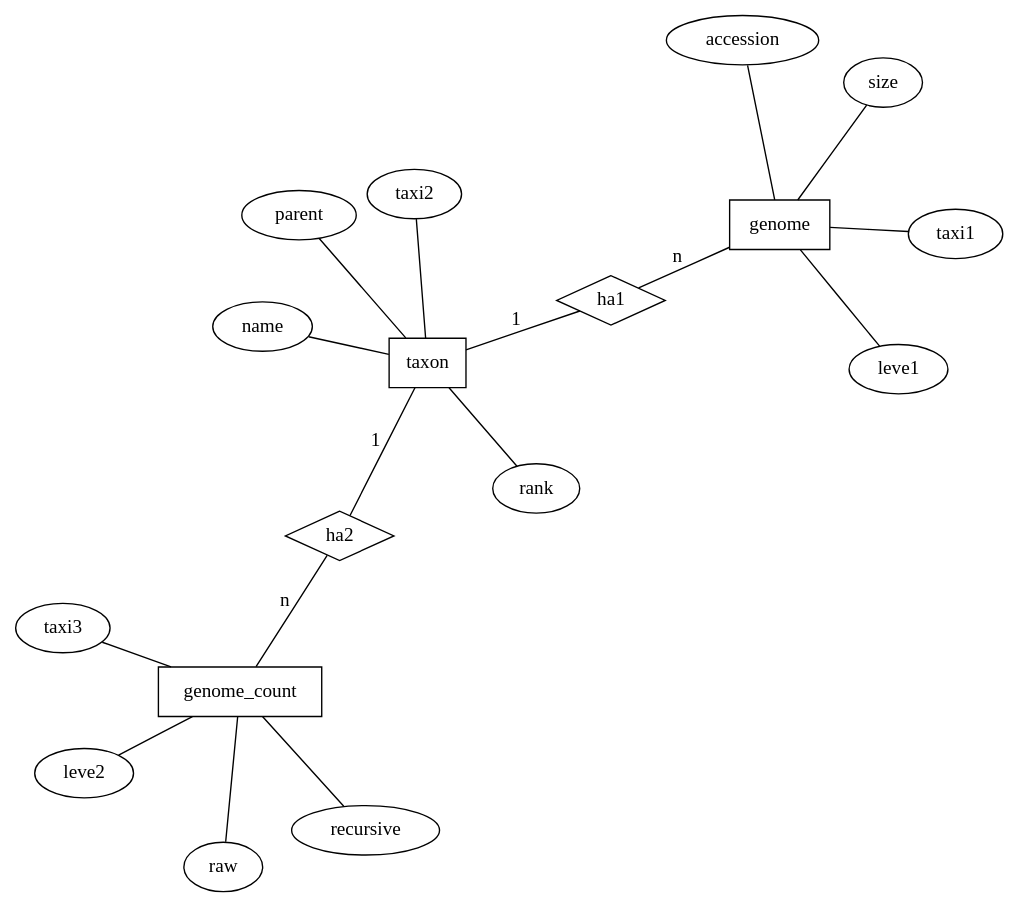
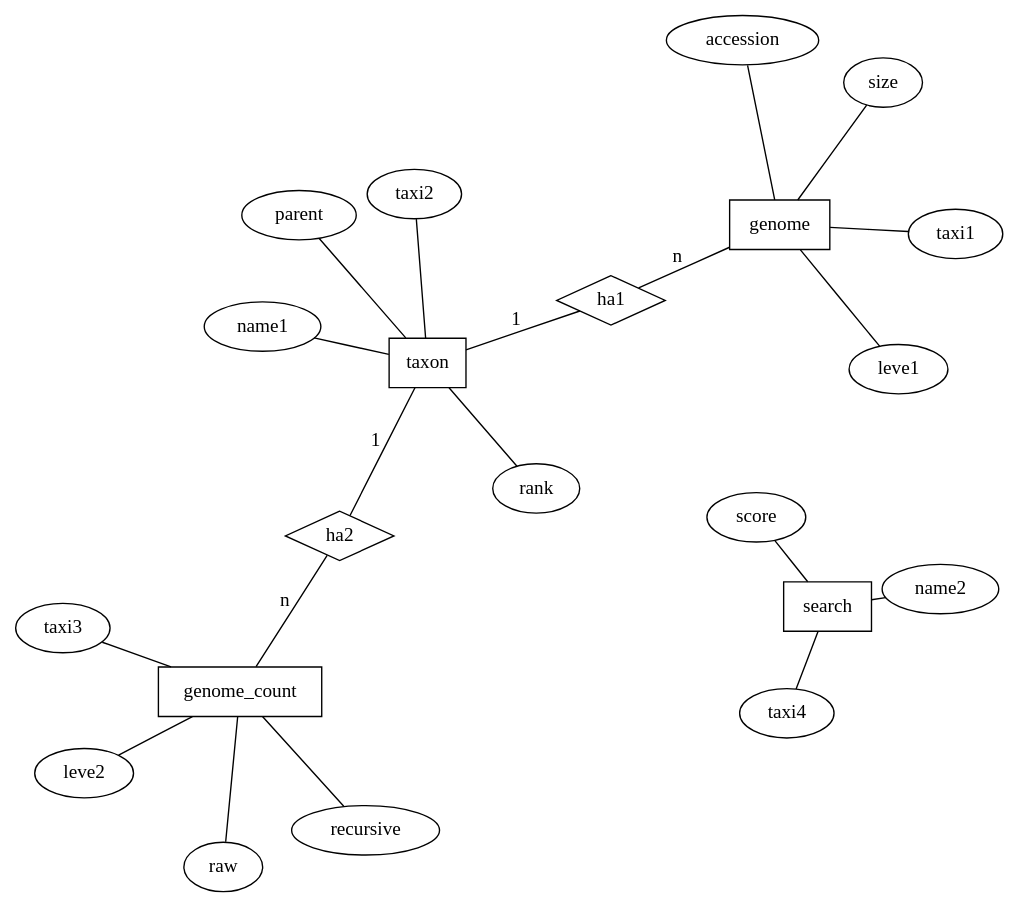
One commit to EvolBioInf/neighbors changed the diagram in doc/db.dot. Above: the diagram before and after it, drawn with Graphviz. The commit also changed 4 other files, not shown here.

```diff
--- a/doc/db.dot
+++ b/doc/db.dot
@@ -1,30 +1,34 @@
 graph ER {
 layout=neato
 overlap=scale
 // entities
-node [shape=box]; taxon; genome; genome_count;
+node [shape=box]; taxon; genome; genome_count; search
 // attributes
-node [shape=ellipse] accession; size; parent; name; rank; raw; recursive; leve1; leve2; taxi1; taxi2; taxi3;
+node [shape=ellipse] accession; size; parent; name1; name2; rank; raw; recursive; leve1; leve2; taxi1; taxi2; taxi3; taxi4; score
 // relations
 node [shape=diamond] ha1; ha2;
 
 genome -- leve1
 genome -- accession
 genome -- size
 genome -- taxi1
 genome -- ha1 [label="n"]
 
 taxon -- taxi2 
 taxon -- parent
-taxon -- name
+taxon -- name1
 taxon -- rank
 taxon -- ha1 [label="1"]
 taxon -- ha2 [label="1"]
 
 genome_count -- taxi3
 genome_count -- raw
 genome_count -- recursive
 genome_count -- leve2
 genome_count -- ha2 [label="n"]
 
+search -- taxi4
+search -- name2
+search -- score
+
 }
```
